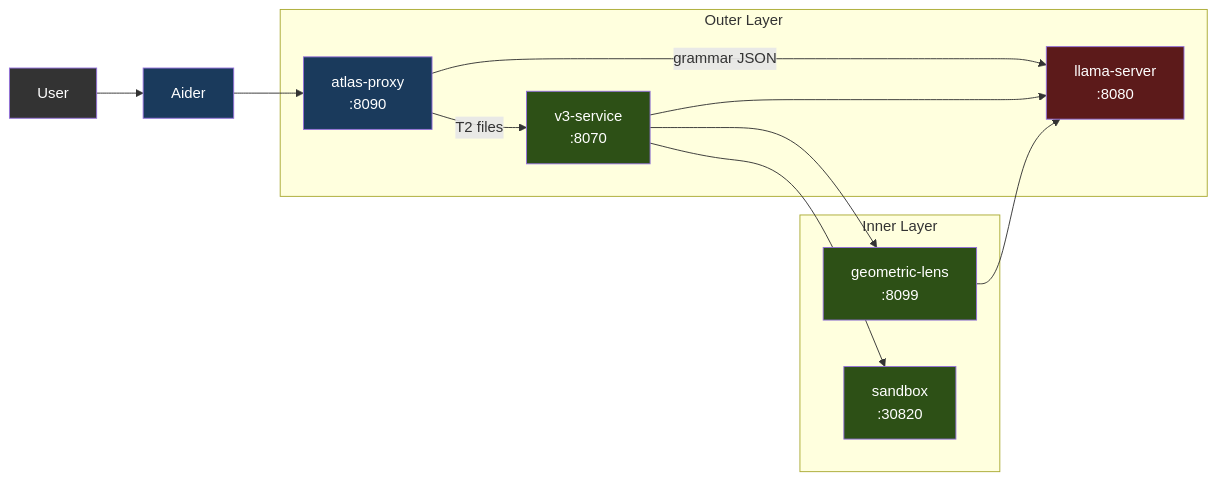
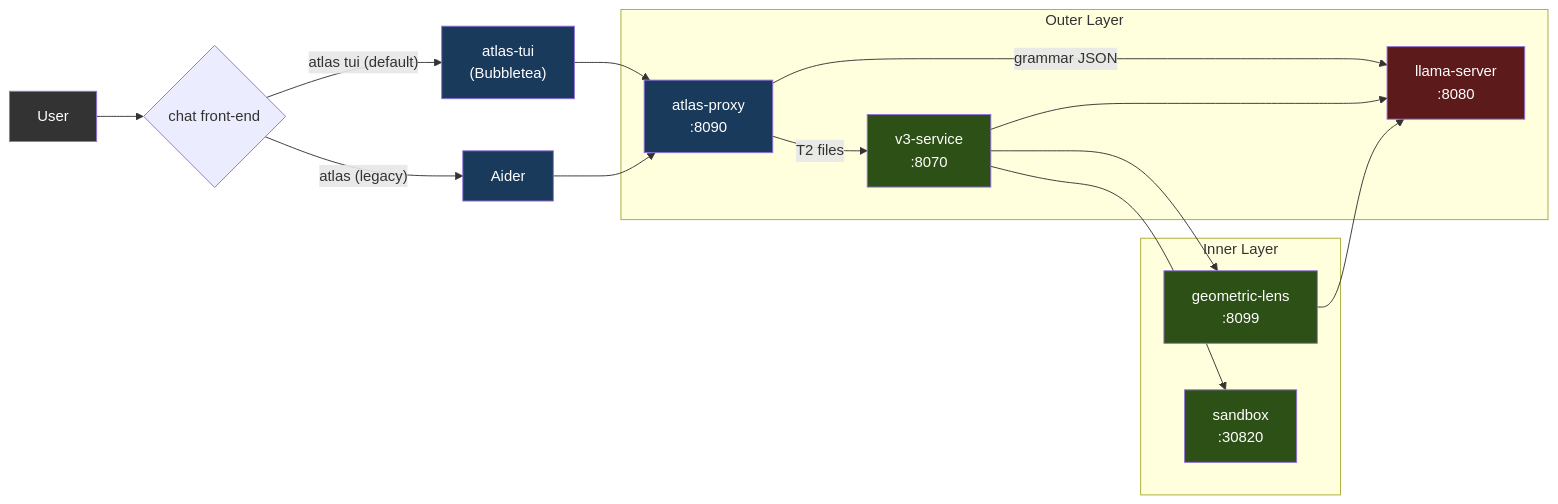
Before and after one commit to itigges22/ATLAS: the first of 14 diagrams in docs/ARCHITECTURE.md, drawn with Mermaid. The commit also changed other lines of this file and 23 other files, not shown here.

````diff
--- a/docs/ARCHITECTURE.md
+++ b/docs/ARCHITECTURE.md
@@ -9,24 +9,29 @@
 ```mermaid
 graph LR
-    User["User"] --> Aider["Aider"] --> Proxy["atlas-proxy\n:8090"]
+    User["User"] --> Frontends{"chat front-end"}
+    Frontends -->|"atlas tui (default)"| TUI["atlas-tui\n(Bubbletea)"]
+    Frontends -->|"atlas (legacy)"| Aider["Aider"]
+    TUI --> Proxy["atlas-proxy\n:8090"]
+    Aider --> Proxy
 
     subgraph outer["Outer Layer"]
         Proxy -->|"grammar JSON"| LLM["llama-server\n:8080"]
         Proxy -->|"T2 files"| V3Service["v3-service\n:8070"]
     end
 
     subgraph inner["Inner Layer"]
         V3Service --> LLM
         V3Service --> Lens["geometric-lens\n:8099"]
         V3Service --> Sandbox["sandbox\n:30820"]
         Lens --> LLM
     end
 
     style User fill:#333,color:#fff
+    style TUI fill:#1a3a5c,color:#fff
     style Aider fill:#1a3a5c,color:#fff
     style Proxy fill:#1a3a5c,color:#fff
     style LLM fill:#5c1a1a,color:#fff
     style V3Service fill:#2d5016,color:#fff
     style Lens fill:#2d5016,color:#fff
     style Sandbox fill:#2d5016,color:#fff
 ```
````
